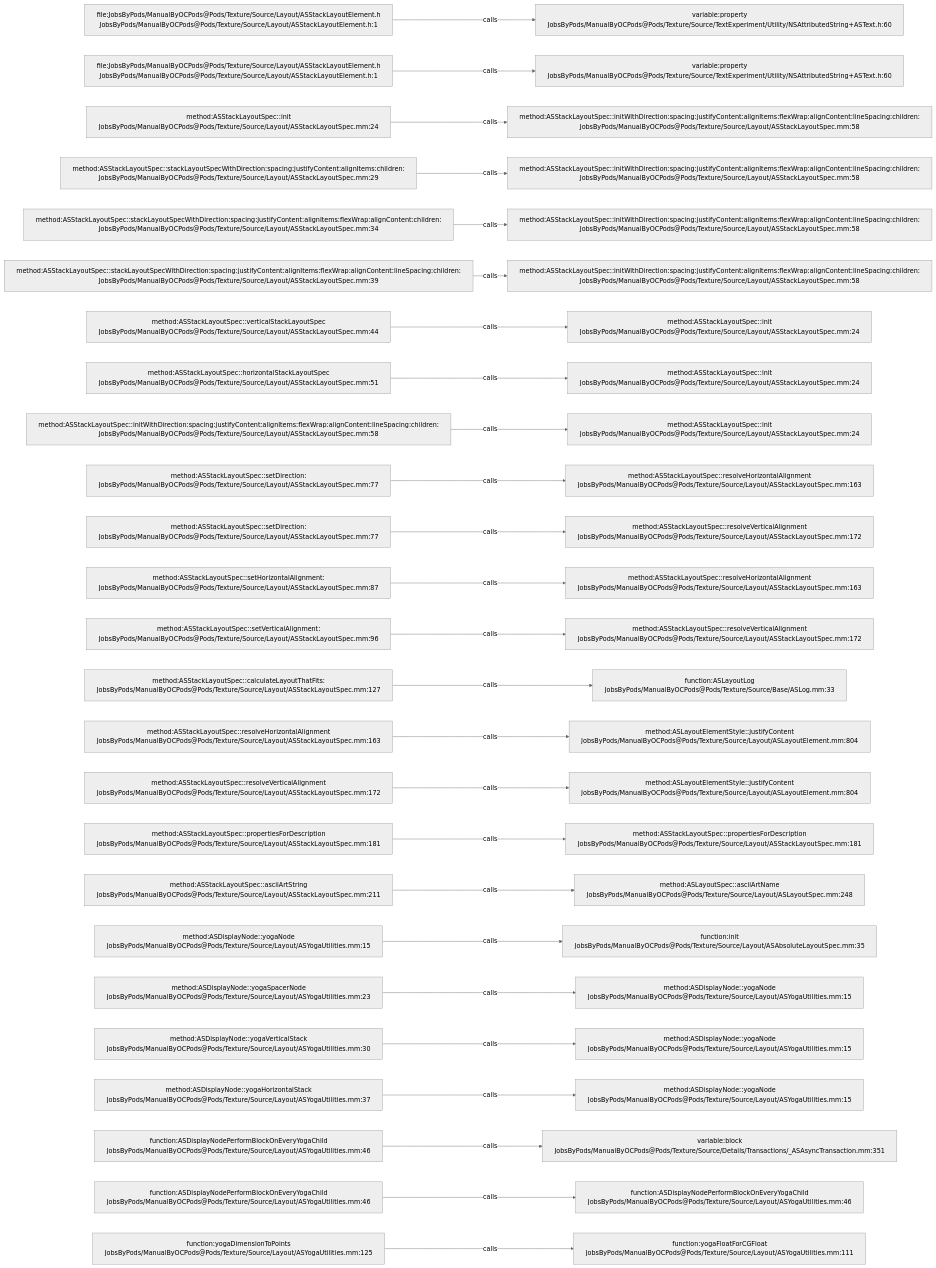
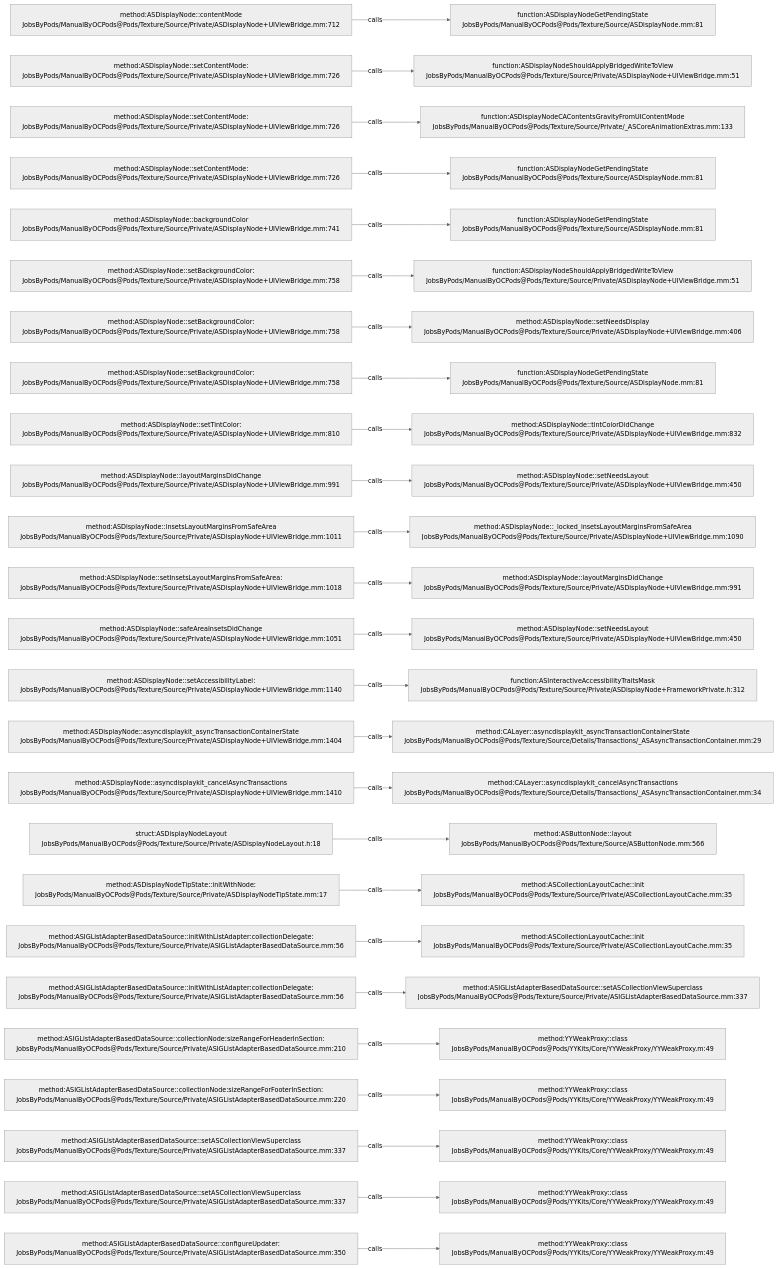
The diagram in .codegraph/codegraph.md/graphs/calls-181.md (JobsKits/JobsOCBaseConfigDemo), drawn with Mermaid (neutral theme) before and after one commit. The commit also changed 1448 other files, not shown here.

````diff
--- a/.codegraph/codegraph.md/graphs/calls-181.md
+++ b/.codegraph/codegraph.md/graphs/calls-181.md
@@ -13,78 +13,78 @@
 ```mermaid
 flowchart LR
-  S1["file:JobsByPods/ManualByOCPods@Pods/Texture/Source/Layout/ASStackLayoutElement.h<br/>JobsByPods/ManualByOCPods@Pods/Texture/Source/Layout/ASStackLayoutElement.h:1"]
-  T1["variable:property<br/>JobsByPods/ManualByOCPods@Pods/Texture/Source/TextExperiment/Utility/NSAttributedString+ASText.h:60"]
+  S1["method:ASDisplayNode::contentMode<br/>JobsByPods/ManualByOCPods@Pods/Texture/Source/Private/ASDisplayNode+UIViewBridge.mm:712"]
+  T1["function:ASDisplayNodeGetPendingState<br/>JobsByPods/ManualByOCPods@Pods/Texture/Source/ASDisplayNode.mm:81"]
   S1 -->|calls| T1
-  S2["file:JobsByPods/ManualByOCPods@Pods/Texture/Source/Layout/ASStackLayoutElement.h<br/>JobsByPods/ManualByOCPods@Pods/Texture/Source/Layout/ASStackLayoutElement.h:1"]
-  T2["variable:property<br/>JobsByPods/ManualByOCPods@Pods/Texture/Source/TextExperiment/Utility/NSAttributedString+ASText.h:60"]
+  S2["method:ASDisplayNode::setContentMode:<br/>JobsByPods/ManualByOCPods@Pods/Texture/Source/Private/ASDisplayNode+UIViewBridge.mm:726"]
+  T2["function:ASDisplayNodeShouldApplyBridgedWriteToView<br/>JobsByPods/ManualByOCPods@Pods/Texture/Source/Private/ASDisplayNode+UIViewBridge.mm:51"]
   S2 -->|calls| T2
-  S3["method:ASStackLayoutSpec::init<br/>JobsByPods/ManualByOCPods@Pods/Texture/Source/Layout/ASStackLayoutSpec.mm:24"]
-  T3["method:ASStackLayoutSpec::initWithDirection:spacing:justifyContent:alignItems:flexWrap:alignContent:lineSpacing:children:<br/>JobsByPods/ManualByOCPods@Pods/Texture/Source/Layout/ASStackLayoutSpec.mm:58"]
+  S3["method:ASDisplayNode::setContentMode:<br/>JobsByPods/ManualByOCPods@Pods/Texture/Source/Private/ASDisplayNode+UIViewBridge.mm:726"]
+  T3["function:ASDisplayNodeCAContentsGravityFromUIContentMode<br/>JobsByPods/ManualByOCPods@Pods/Texture/Source/Private/_ASCoreAnimationExtras.mm:133"]
   S3 -->|calls| T3
-  S4["method:ASStackLayoutSpec::stackLayoutSpecWithDirection:spacing:justifyContent:alignItems:children:<br/>JobsByPods/ManualByOCPods@Pods/Texture/Source/Layout/ASStackLayoutSpec.mm:29"]
-  T4["method:ASStackLayoutSpec::initWithDirection:spacing:justifyContent:alignItems:flexWrap:alignContent:lineSpacing:children:<br/>JobsByPods/ManualByOCPods@Pods/Texture/Source/Layout/ASStackLayoutSpec.mm:58"]
+  S4["method:ASDisplayNode::setContentMode:<br/>JobsByPods/ManualByOCPods@Pods/Texture/Source/Private/ASDisplayNode+UIViewBridge.mm:726"]
+  T4["function:ASDisplayNodeGetPendingState<br/>JobsByPods/ManualByOCPods@Pods/Texture/Source/ASDisplayNode.mm:81"]
   S4 -->|calls| T4
-  S5["method:ASStackLayoutSpec::stackLayoutSpecWithDirection:spacing:justifyContent:alignItems:flexWrap:alignContent:children:<br/>JobsByPods/ManualByOCPods@Pods/Texture/Source/Layout/ASStackLayoutSpec.mm:34"]
-  T5["method:ASStackLayoutSpec::initWithDirection:spacing:justifyContent:alignItems:flexWrap:alignContent:lineSpacing:children:<br/>JobsByPods/ManualByOCPods@Pods/Texture/Source/Layout/ASStackLayoutSpec.mm:58"]
+  S5["method:ASDisplayNode::backgroundColor<br/>JobsByPods/ManualByOCPods@Pods/Texture/Source/Private/ASDisplayNode+UIViewBridge.mm:741"]
+  T5["function:ASDisplayNodeGetPendingState<br/>JobsByPods/ManualByOCPods@Pods/Texture/Source/ASDisplayNode.mm:81"]
   S5 -->|calls| T5
-  S6["method:ASStackLayoutSpec::stackLayoutSpecWithDirection:spacing:justifyContent:alignItems:flexWrap:alignContent:lineSpacing:children:<br/>JobsByPods/ManualByOCPods@Pods/Texture/Source/Layout/ASStackLayoutSpec.mm:39"]
-  T6["method:ASStackLayoutSpec::initWithDirection:spacing:justifyContent:alignItems:flexWrap:alignContent:lineSpacing:children:<br/>JobsByPods/ManualByOCPods@Pods/Texture/Source/Layout/ASStackLayoutSpec.mm:58"]
+  S6["method:ASDisplayNode::setBackgroundColor:<br/>JobsByPods/ManualByOCPods@Pods/Texture/Source/Private/ASDisplayNode+UIViewBridge.mm:758"]
+  T6["function:ASDisplayNodeShouldApplyBridgedWriteToView<br/>JobsByPods/ManualByOCPods@Pods/Texture/Source/Private/ASDisplayNode+UIViewBridge.mm:51"]
   S6 -->|calls| T6
-  S7["method:ASStackLayoutSpec::verticalStackLayoutSpec<br/>JobsByPods/ManualByOCPods@Pods/Texture/Source/Layout/ASStackLayoutSpec.mm:44"]
-  T7["method:ASStackLayoutSpec::init<br/>JobsByPods/ManualByOCPods@Pods/Texture/Source/Layout/ASStackLayoutSpec.mm:24"]
+  S7["method:ASDisplayNode::setBackgroundColor:<br/>JobsByPods/ManualByOCPods@Pods/Texture/Source/Private/ASDisplayNode+UIViewBridge.mm:758"]
+  T7["method:ASDisplayNode::setNeedsDisplay<br/>JobsByPods/ManualByOCPods@Pods/Texture/Source/Private/ASDisplayNode+UIViewBridge.mm:406"]
   S7 -->|calls| T7
-  S8["method:ASStackLayoutSpec::horizontalStackLayoutSpec<br/>JobsByPods/ManualByOCPods@Pods/Texture/Source/Layout/ASStackLayoutSpec.mm:51"]
-  T8["method:ASStackLayoutSpec::init<br/>JobsByPods/ManualByOCPods@Pods/Texture/Source/Layout/ASStackLayoutSpec.mm:24"]
+  S8["method:ASDisplayNode::setBackgroundColor:<br/>JobsByPods/ManualByOCPods@Pods/Texture/Source/Private/ASDisplayNode+UIViewBridge.mm:758"]
+  T8["function:ASDisplayNodeGetPendingState<br/>JobsByPods/ManualByOCPods@Pods/Texture/Source/ASDisplayNode.mm:81"]
   S8 -->|calls| T8
-  S9["method:ASStackLayoutSpec::initWithDirection:spacing:justifyContent:alignItems:flexWrap:alignContent:lineSpacing:children:<br/>JobsByPods/ManualByOCPods@Pods/Texture/Source/Layout/ASStackLayoutSpec.mm:58"]
-  T9["method:ASStackLayoutSpec::init<br/>JobsByPods/ManualByOCPods@Pods/Texture/Source/Layout/ASStackLayoutSpec.mm:24"]
+  S9["method:ASDisplayNode::setTintColor:<br/>JobsByPods/ManualByOCPods@Pods/Texture/Source/Private/ASDisplayNode+UIViewBridge.mm:810"]
+  T9["method:ASDisplayNode::tintColorDidChange<br/>JobsByPods/ManualByOCPods@Pods/Texture/Source/Private/ASDisplayNode+UIViewBridge.mm:832"]
   S9 -->|calls| T9
-  S10["method:ASStackLayoutSpec::setDirection:<br/>JobsByPods/ManualByOCPods@Pods/Texture/Source/Layout/ASStackLayoutSpec.mm:77"]
-  T10["method:ASStackLayoutSpec::resolveHorizontalAlignment<br/>JobsByPods/ManualByOCPods@Pods/Texture/Source/Layout/ASStackLayoutSpec.mm:163"]
+  S10["method:ASDisplayNode::layoutMarginsDidChange<br/>JobsByPods/ManualByOCPods@Pods/Texture/Source/Private/ASDisplayNode+UIViewBridge.mm:991"]
+  T10["method:ASDisplayNode::setNeedsLayout<br/>JobsByPods/ManualByOCPods@Pods/Texture/Source/Private/ASDisplayNode+UIViewBridge.mm:450"]
   S10 -->|calls| T10
-  S11["method:ASStackLayoutSpec::setDirection:<br/>JobsByPods/ManualByOCPods@Pods/Texture/Source/Layout/ASStackLayoutSpec.mm:77"]
-  T11["method:ASStackLayoutSpec::resolveVerticalAlignment<br/>JobsByPods/ManualByOCPods@Pods/Texture/Source/Layout/ASStackLayoutSpec.mm:172"]
+  S11["method:ASDisplayNode::insetsLayoutMarginsFromSafeArea<br/>JobsByPods/ManualByOCPods@Pods/Texture/Source/Private/ASDisplayNode+UIViewBridge.mm:1011"]
+  T11["method:ASDisplayNode::_locked_insetsLayoutMarginsFromSafeArea<br/>JobsByPods/ManualByOCPods@Pods/Texture/Source/Private/ASDisplayNode+UIViewBridge.mm:1090"]
   S11 -->|calls| T11
-  S12["method:ASStackLayoutSpec::setHorizontalAlignment:<br/>JobsByPods/ManualByOCPods@Pods/Texture/Source/Layout/ASStackLayoutSpec.mm:87"]
-  T12["method:ASStackLayoutSpec::resolveHorizontalAlignment<br/>JobsByPods/ManualByOCPods@Pods/Texture/Source/Layout/ASStackLayoutSpec.mm:163"]
+  S12["method:ASDisplayNode::setInsetsLayoutMarginsFromSafeArea:<br/>JobsByPods/ManualByOCPods@Pods/Texture/Source/Private/ASDisplayNode+UIViewBridge.mm:1018"]
+  T12["method:ASDisplayNode::layoutMarginsDidChange<br/>JobsByPods/ManualByOCPods@Pods/Texture/Source/Private/ASDisplayNode+UIViewBridge.mm:991"]
   S12 -->|calls| T12
-  S13["method:ASStackLayoutSpec::setVerticalAlignment:<br/>JobsByPods/ManualByOCPods@Pods/Texture/Source/Layout/ASStackLayoutSpec.mm:96"]
-  T13["method:ASStackLayoutSpec::resolveVerticalAlignment<br/>JobsByPods/ManualByOCPods@Pods/Texture/Source/Layout/ASStackLayoutSpec.mm:172"]
+  S13["method:ASDisplayNode::safeAreaInsetsDidChange<br/>JobsByPods/ManualByOCPods@Pods/Texture/Source/Private/ASDisplayNode+UIViewBridge.mm:1051"]
+  T13["method:ASDisplayNode::setNeedsLayout<br/>JobsByPods/ManualByOCPods@Pods/Texture/Source/Private/ASDisplayNode+UIViewBridge.mm:450"]
   S13 -->|calls| T13
-  S14["method:ASStackLayoutSpec::calculateLayoutThatFits:<br/>JobsByPods/ManualByOCPods@Pods/Texture/Source/Layout/ASStackLayoutSpec.mm:127"]
-  T14["function:ASLayoutLog<br/>JobsByPods/ManualByOCPods@Pods/Texture/Source/Base/ASLog.mm:33"]
+  S14["method:ASDisplayNode::setAccessibilityLabel:<br/>JobsByPods/ManualByOCPods@Pods/Texture/Source/Private/ASDisplayNode+UIViewBridge.mm:1140"]
+  T14["function:ASInteractiveAccessibilityTraitsMask<br/>JobsByPods/ManualByOCPods@Pods/Texture/Source/Private/ASDisplayNode+FrameworkPrivate.h:312"]
   S14 -->|calls| T14
-  S15["method:ASStackLayoutSpec::resolveHorizontalAlignment<br/>JobsByPods/ManualByOCPods@Pods/Texture/Source/Layout/ASStackLayoutSpec.mm:163"]
-  T15["method:ASLayoutElementStyle::justifyContent<br/>JobsByPods/ManualByOCPods@Pods/Texture/Source/Layout/ASLayoutElement.mm:804"]
+  S15["method:ASDisplayNode::asyncdisplaykit_asyncTransactionContainerState<br/>JobsByPods/ManualByOCPods@Pods/Texture/Source/Private/ASDisplayNode+UIViewBridge.mm:1404"]
+  T15["method:CALayer::asyncdisplaykit_asyncTransactionContainerState<br/>JobsByPods/ManualByOCPods@Pods/Texture/Source/Details/Transactions/_ASAsyncTransactionContainer.mm:29"]
   S15 -->|calls| T15
-  S16["method:ASStackLayoutSpec::resolveVerticalAlignment<br/>JobsByPods/ManualByOCPods@Pods/Texture/Source/Layout/ASStackLayoutSpec.mm:172"]
-  T16["method:ASLayoutElementStyle::justifyContent<br/>JobsByPods/ManualByOCPods@Pods/Texture/Source/Layout/ASLayoutElement.mm:804"]
+  S16["method:ASDisplayNode::asyncdisplaykit_cancelAsyncTransactions<br/>JobsByPods/ManualByOCPods@Pods/Texture/Source/Private/ASDisplayNode+UIViewBridge.mm:1410"]
+  T16["method:CALayer::asyncdisplaykit_cancelAsyncTransactions<br/>JobsByPods/ManualByOCPods@Pods/Texture/Source/Details/Transactions/_ASAsyncTransactionContainer.mm:34"]
   S16 -->|calls| T16
-  S17["method:ASStackLayoutSpec::propertiesForDescription<br/>JobsByPods/ManualByOCPods@Pods/Texture/Source/Layout/ASStackLayoutSpec.mm:181"]
-  T17["method:ASStackLayoutSpec::propertiesForDescription<br/>JobsByPods/ManualByOCPods@Pods/Texture/Source/Layout/ASStackLayoutSpec.mm:181"]
+  S17["struct:ASDisplayNodeLayout<br/>JobsByPods/ManualByOCPods@Pods/Texture/Source/Private/ASDisplayNodeLayout.h:18"]
+  T17["method:ASButtonNode::layout<br/>JobsByPods/ManualByOCPods@Pods/Texture/Source/ASButtonNode.mm:566"]
   S17 -->|calls| T17
-  S18["method:ASStackLayoutSpec::asciiArtString<br/>JobsByPods/ManualByOCPods@Pods/Texture/Source/Layout/ASStackLayoutSpec.mm:211"]
-  T18["method:ASLayoutSpec::asciiArtName<br/>JobsByPods/ManualByOCPods@Pods/Texture/Source/Layout/ASLayoutSpec.mm:248"]
+  S18["method:ASDisplayNodeTipState::initWithNode:<br/>JobsByPods/ManualByOCPods@Pods/Texture/Source/Private/ASDisplayNodeTipState.mm:17"]
+  T18["method:ASCollectionLayoutCache::init<br/>JobsByPods/ManualByOCPods@Pods/Texture/Source/Private/ASCollectionLayoutCache.mm:35"]
   S18 -->|calls| T18
-  S19["method:ASDisplayNode::yogaNode<br/>JobsByPods/ManualByOCPods@Pods/Texture/Source/Layout/ASYogaUtilities.mm:15"]
-  T19["function:init<br/>JobsByPods/ManualByOCPods@Pods/Texture/Source/Layout/ASAbsoluteLayoutSpec.mm:35"]
+  S19["method:ASIGListAdapterBasedDataSource::initWithListAdapter:collectionDelegate:<br/>JobsByPods/ManualByOCPods@Pods/Texture/Source/Private/ASIGListAdapterBasedDataSource.mm:56"]
+  T19["method:ASCollectionLayoutCache::init<br/>JobsByPods/ManualByOCPods@Pods/Texture/Source/Private/ASCollectionLayoutCache.mm:35"]
   S19 -->|calls| T19
-  S20["method:ASDisplayNode::yogaSpacerNode<br/>JobsByPods/ManualByOCPods@Pods/Texture/Source/Layout/ASYogaUtilities.mm:23"]
-  T20["method:ASDisplayNode::yogaNode<br/>JobsByPods/ManualByOCPods@Pods/Texture/Source/Layout/ASYogaUtilities.mm:15"]
+  S20["method:ASIGListAdapterBasedDataSource::initWithListAdapter:collectionDelegate:<br/>JobsByPods/ManualByOCPods@Pods/Texture/Source/Private/ASIGListAdapterBasedDataSource.mm:56"]
+  T20["method:ASIGListAdapterBasedDataSource::setASCollectionViewSuperclass<br/>JobsByPods/ManualByOCPods@Pods/Texture/Source/Private/ASIGListAdapterBasedDataSource.mm:337"]
   S20 -->|calls| T20
-  S21["method:ASDisplayNode::yogaVerticalStack<br/>JobsByPods/ManualByOCPods@Pods/Texture/Source/Layout/ASYogaUtilities.mm:30"]
-  T21["method:ASDisplayNode::yogaNode<br/>JobsByPods/ManualByOCPods@Pods/Texture/Source/Layout/ASYogaUtilities.mm:15"]
+  S21["method:ASIGListAdapterBasedDataSource::collectionNode:sizeRangeForHeaderInSection:<br/>JobsByPods/ManualByOCPods@Pods/Texture/Source/Private/ASIGListAdapterBasedDataSource.mm:210"]
+  T21["method:YYWeakProxy::class<br/>JobsByPods/ManualByOCPods@Pods/YYKits/Core/YYWeakProxy/YYWeakProxy.m:49"]
   S21 -->|calls| T21
-  S22["method:ASDisplayNode::yogaHorizontalStack<br/>JobsByPods/ManualByOCPods@Pods/Texture/Source/Layout/ASYogaUtilities.mm:37"]
-  T22["method:ASDisplayNode::yogaNode<br/>JobsByPods/ManualByOCPods@Pods/Texture/Source/Layout/ASYogaUtilities.mm:15"]
+  S22["method:ASIGListAdapterBasedDataSource::collectionNode:sizeRangeForFooterInSection:<br/>JobsByPods/ManualByOCPods@Pods/Texture/Source/Private/ASIGListAdapterBasedDataSource.mm:220"]
+  T22["method:YYWeakProxy::class<br/>JobsByPods/ManualByOCPods@Pods/YYKits/Core/YYWeakProxy/YYWeakProxy.m:49"]
   S22 -->|calls| T22
-  S23["function:ASDisplayNodePerformBlockOnEveryYogaChild<br/>JobsByPods/ManualByOCPods@Pods/Texture/Source/Layout/ASYogaUtilities.mm:46"]
-  T23["variable:block<br/>JobsByPods/ManualByOCPods@Pods/Texture/Source/Details/Transactions/_ASAsyncTransaction.mm:351"]
+  S23["method:ASIGListAdapterBasedDataSource::setASCollectionViewSuperclass<br/>JobsByPods/ManualByOCPods@Pods/Texture/Source/Private/ASIGListAdapterBasedDataSource.mm:337"]
+  T23["method:YYWeakProxy::class<br/>JobsByPods/ManualByOCPods@Pods/YYKits/Core/YYWeakProxy/YYWeakProxy.m:49"]
   S23 -->|calls| T23
-  S24["function:ASDisplayNodePerformBlockOnEveryYogaChild<br/>JobsByPods/ManualByOCPods@Pods/Texture/Source/Layout/ASYogaUtilities.mm:46"]
-  T24["function:ASDisplayNodePerformBlockOnEveryYogaChild<br/>JobsByPods/ManualByOCPods@Pods/Texture/Source/Layout/ASYogaUtilities.mm:46"]
+  S24["method:ASIGListAdapterBasedDataSource::setASCollectionViewSuperclass<br/>JobsByPods/ManualByOCPods@Pods/Texture/Source/Private/ASIGListAdapterBasedDataSource.mm:337"]
+  T24["method:YYWeakProxy::class<br/>JobsByPods/ManualByOCPods@Pods/YYKits/Core/YYWeakProxy/YYWeakProxy.m:49"]
   S24 -->|calls| T24
-  S25["function:yogaDimensionToPoints<br/>JobsByPods/ManualByOCPods@Pods/Texture/Source/Layout/ASYogaUtilities.mm:125"]
-  T25["function:yogaFloatForCGFloat<br/>JobsByPods/ManualByOCPods@Pods/Texture/Source/Layout/ASYogaUtilities.mm:111"]
+  S25["method:ASIGListAdapterBasedDataSource::configureUpdater:<br/>JobsByPods/ManualByOCPods@Pods/Texture/Source/Private/ASIGListAdapterBasedDataSource.mm:350"]
+  T25["method:YYWeakProxy::class<br/>JobsByPods/ManualByOCPods@Pods/YYKits/Core/YYWeakProxy/YYWeakProxy.m:49"]
   S25 -->|calls| T25
 ```
````
